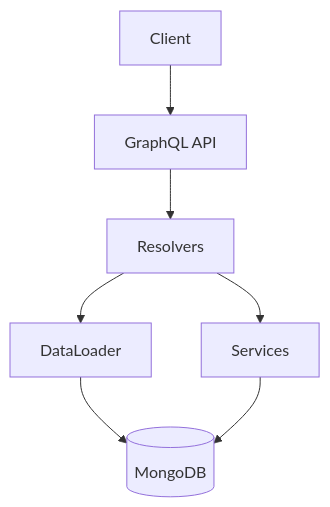
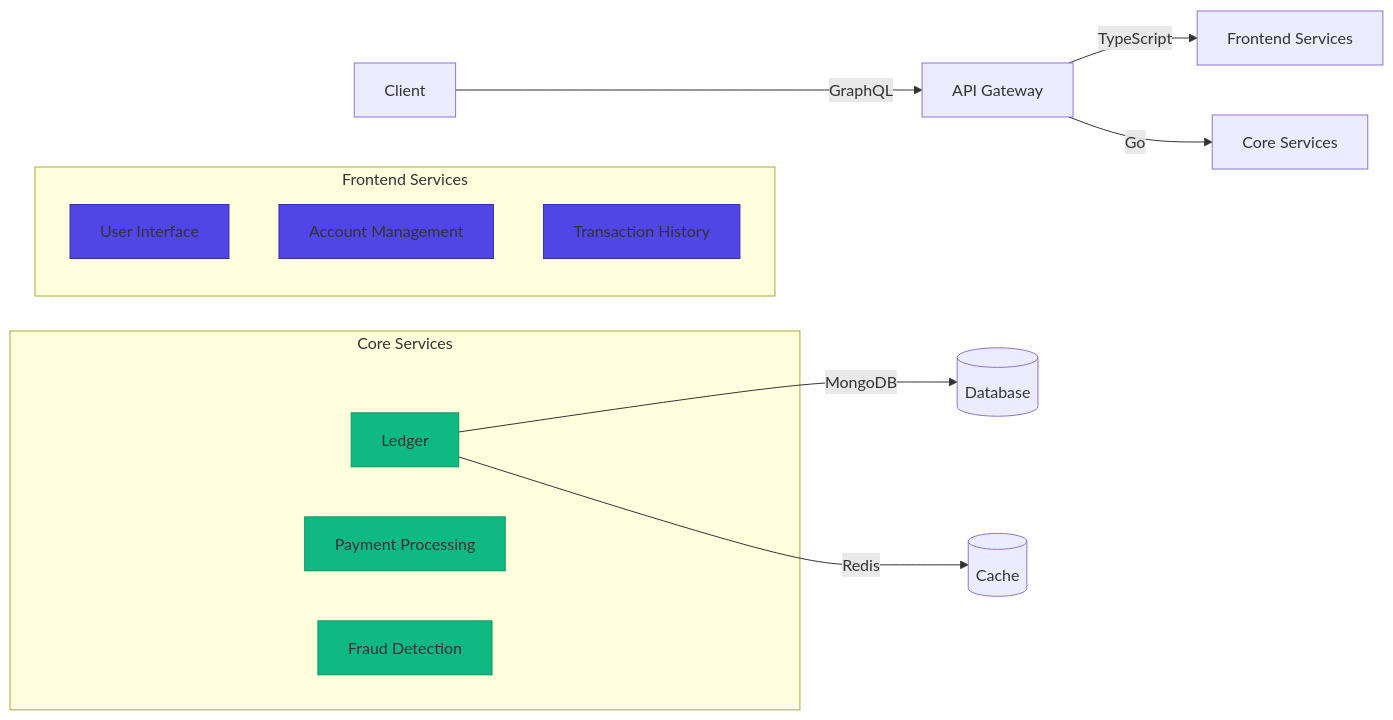
One commit to mateussiqueira/banking-stack changed the fifth of 5 diagrams in packages/docs/en/challenges/01-ledger.md. Above: the diagram before and after it, drawn with Mermaid. The commit also changed other lines of this file and 24 other files, not shown here.

First line of the commit message:
roadmap 100%: API playground, EN sync, premium, white-label

````diff
--- a/packages/docs/en/challenges/01-ledger.md
+++ b/packages/docs/en/challenges/01-ledger.md
@@ -18,9 +1266,26 @@
 ```mermaid
-flowchart TD
-    A[Client] --> B[GraphQL API]
-    B --> C[Resolvers]
-    C --> D[DataLoader]
-    C --> E[Services]
-    D --> F[(MongoDB)]
-    E --> F
+flowchart LR
+    A[Client] -->|GraphQL| B[API Gateway]
+    B -->|TypeScript| C[Frontend Services]
+    B -->|Go| D[Core Services]
+
+    subgraph "Frontend Services"
+        C1[User Interface]
+        C2[Account Management]
+        C3[Transaction History]
+    end
+
+    subgraph "Core Services"
+        D1[Ledger]
+        D2[Payment Processing]
+        D3[Fraud Detection]
+    end
+
+    D1 -->|MongoDB| E[(Database)]
+    D1 -->|Redis| F[(Cache)]
+
+    classDef frontend fill:#4f46e5,stroke:#3730a3;
+    classDef core fill:#10b981,stroke:#059669;
+    class C1,C2,C3 frontend;
+    class D1,D2,D3 core;
 ```
````
